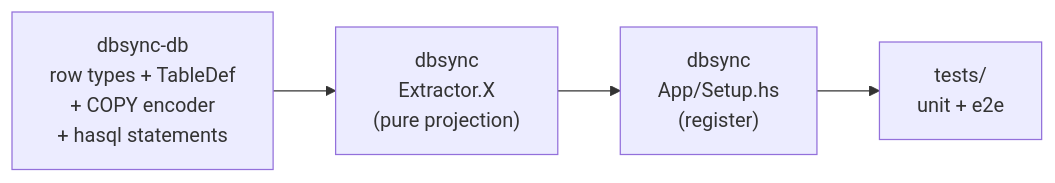
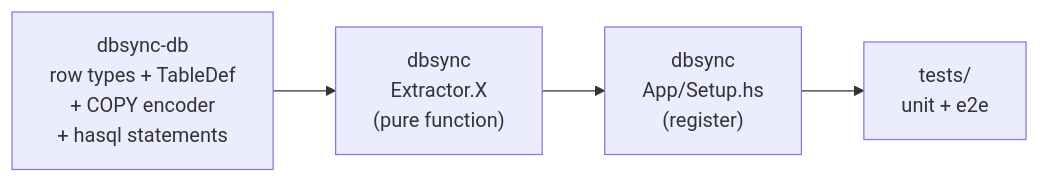
Before and after one commit to input-output-hk/dbsync: the diagram in docs/developers/extractors/writing-one.md, drawn with Mermaid. The commit also changed other lines of this file and 83 other files, not shown here.

````diff
--- a/docs/developers/extractors/writing-one.md
+++ b/docs/developers/extractors/writing-one.md
@@ -17,11 +17,11 @@
 ```mermaid
 flowchart LR
     Schema["dbsync-db<br/>row types + TableDef<br/>+ COPY encoder<br/>+ hasql statements"]
-    Extractor["dbsync<br/>Extractor.X<br/>(pure projection)"]
+    Extractor["dbsync<br/>Extractor.X<br/>(pure function)"]
     Wire["dbsync<br/>App/Setup.hs<br/>(register)"]
     Tests["tests/<br/>unit + e2e"]
 
     Schema --> Extractor
     Extractor --> Wire
     Wire --> Tests
 ```
````
